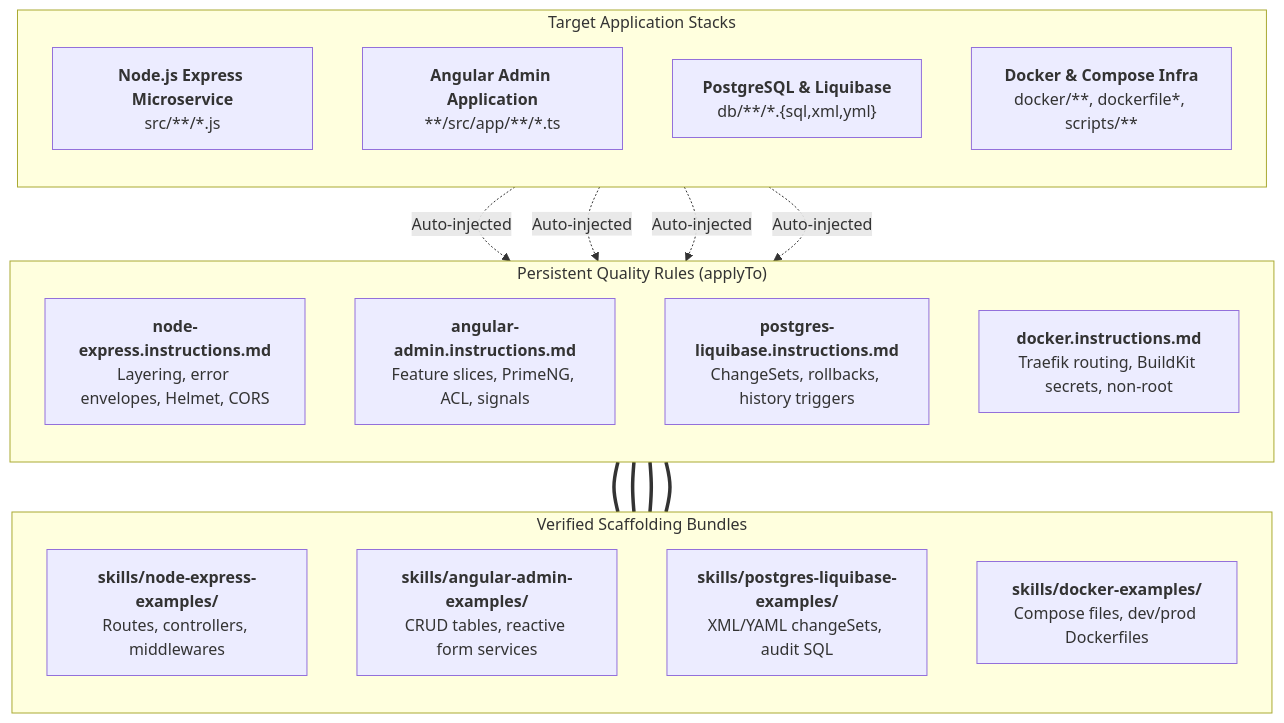
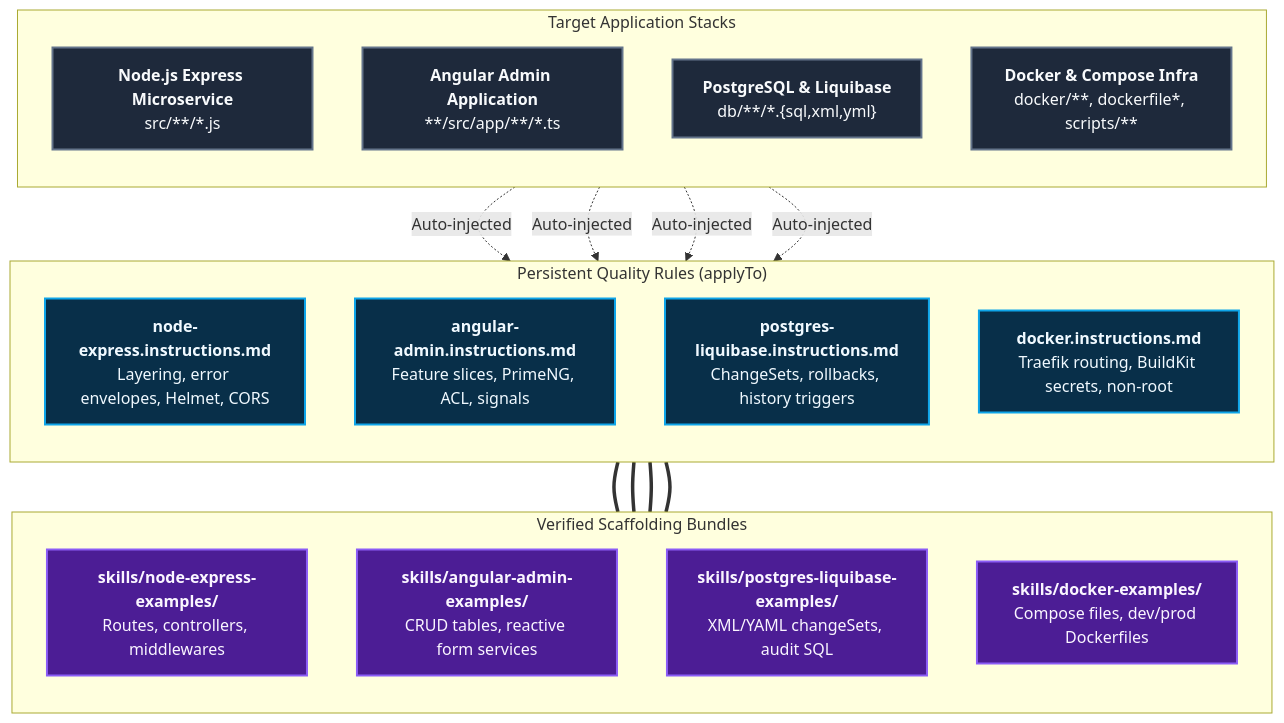
One commit to ALTEN-group/coding-pal changed the diagram in website/docs/guide/domain-stacks.md. Above: the diagram before and after it, drawn with Mermaid. The commit also changed 19 other files, not shown here.

````diff
--- a/website/docs/guide/domain-stacks.md
+++ b/website/docs/guide/domain-stacks.md
@@ -11,39 +11,47 @@
 ```mermaid
 ---
 caption: Enterprise Stack Guidance & Scaffolding
 ---
 flowchart TD
     subgraph Stacks ["Target Application Stacks"]
         direction TB
         S_NODE["<b>Node.js Express Microservice</b><br/>src/**/*.js"]
         S_NG["<b>Angular Admin Application</b><br/>**/src/app/**/*.ts"]
         S_DB["<b>PostgreSQL & Liquibase</b><br/>db/**/*.{sql,xml,yml}"]
         S_INFRA["<b>Docker & Compose Infra</b><br/>docker/**, dockerfile*, scripts/**"]
     end
 
     subgraph Instructions ["Persistent Quality Rules (applyTo)"]
         direction TB
         I_NODE["<b>node-express.instructions.md</b><br/>Layering, error envelopes, Helmet, CORS"]
         I_NG["<b>angular-admin.instructions.md</b><br/>Feature slices, PrimeNG, ACL, signals"]
         I_DB["<b>postgres-liquibase.instructions.md</b><br/>ChangeSets, rollbacks, history triggers"]
         I_INFRA["<b>docker.instructions.md</b><br/>Traefik routing, BuildKit secrets, non-root"]
     end
 
     subgraph Skills ["Verified Scaffolding Bundles"]
         direction TB
         K_NODE["<b>skills/node-express-examples/</b><br/>Routes, controllers, middlewares"]
         K_NG["<b>skills/angular-admin-examples/</b><br/>CRUD tables, reactive form services"]
         K_DB["<b>skills/postgres-liquibase-examples/</b><br/>XML/YAML changeSets, audit SQL"]
         K_INFRA["<b>skills/docker-examples/</b><br/>Compose files, dev/prod Dockerfiles"]
     end
 
     S_NODE -.->|Auto-injected| I_NODE
     S_NG -.->|Auto-injected| I_NG
     S_DB -.->|Auto-injected| I_DB
     S_INFRA -.->|Auto-injected| I_INFRA
 
     I_NODE === K_NODE
     I_NG === K_NG
     I_DB === K_DB
     I_INFRA === K_INFRA
+
+    classDef code fill:#1e293b,stroke:#64748b,stroke-width:2px,color:#f8fafc;
+    classDef instruction fill:#082f49,stroke:#0ea5e9,stroke-width:2px,color:#f0f9ff;
+    classDef skill fill:#4c1d95,stroke:#8b5cf6,stroke-width:2px,color:#faf5ff;
+
+    class S_NODE,S_NG,S_DB,S_INFRA code;
+    class I_NODE,I_NG,I_DB,I_INFRA instruction;
+    class K_NODE,K_NG,K_DB,K_INFRA skill;
 ```
````
